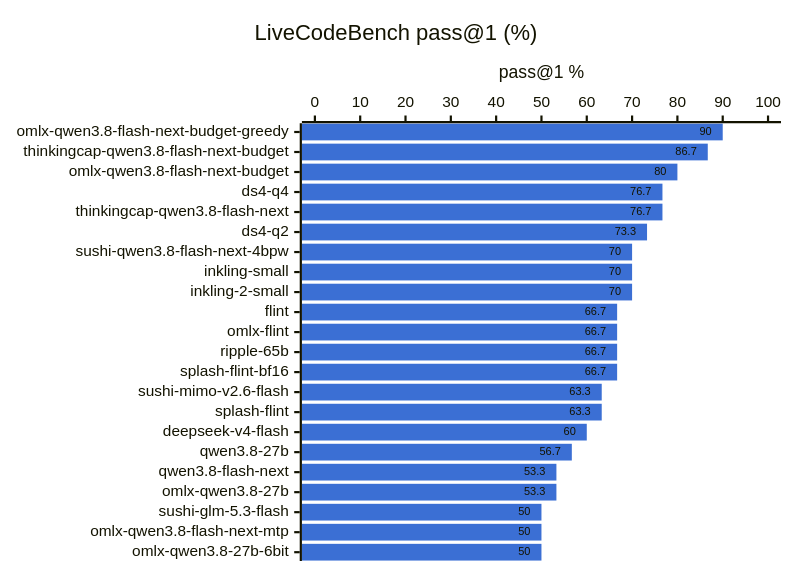
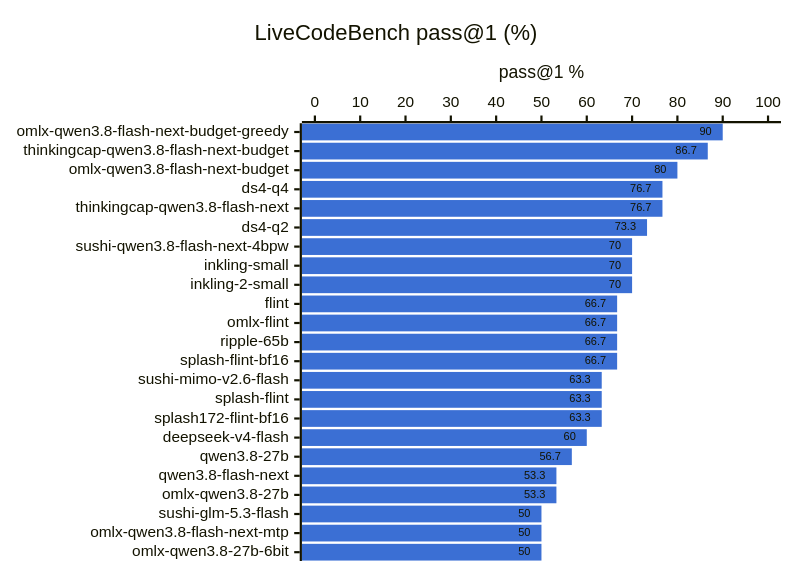
One commit to hofftodd/ai-bench changed the first of 2 diagrams in RESULTS-mac.md. Above: the diagram before and after it, drawn with Mermaid. The commit also changed other lines of this file and 17 other files, not shown here.

First line of the commit message:
Inkling 2 Mini on Strata and Splash 1.7.2, Strata 0.1.67 recheck

````diff
--- a/RESULTS-mac.md
+++ b/RESULTS-mac.md
@@ -28,8 +28,8 @@
 ```mermaid
 %%{init: {"xyChart": {"showDataLabel": true}, "themeVariables": {"xyChart": {"plotColorPalette": "#3b6fd4"}}}}%%
 xychart-beta horizontal
     title "LiveCodeBench pass@1 (%)"
-    x-axis ["omlx-qwen3.8-flash-next-budget-greedy", "thinkingcap-qwen3.8-flash-next-budget", "omlx-qwen3.8-flash-next-budget", "ds4-q4", "thinkingcap-qwen3.8-flash-next", "ds4-q2", "sushi-qwen3.8-flash-next-4bpw", "inkling-small", "inkling-2-small", "flint", "omlx-flint", "ripple-65b", "splash-flint-bf16", "sushi-mimo-v2.6-flash", "splash-flint", "deepseek-v4-flash", "qwen3.8-27b", "qwen3.8-flash-next", "omlx-qwen3.8-27b", "sushi-glm-5.3-flash", "omlx-qwen3.8-flash-next-mtp", "omlx-qwen3.8-27b-6bit"]
+    x-axis ["omlx-qwen3.8-flash-next-budget-greedy", "thinkingcap-qwen3.8-flash-next-budget", "omlx-qwen3.8-flash-next-budget", "ds4-q4", "thinkingcap-qwen3.8-flash-next", "ds4-q2", "sushi-qwen3.8-flash-next-4bpw", "inkling-small", "inkling-2-small", "flint", "omlx-flint", "ripple-65b", "splash-flint-bf16", "sushi-mimo-v2.6-flash", "splash-flint", "splash172-flint-bf16", "deepseek-v4-flash", "qwen3.8-27b", "qwen3.8-flash-next", "omlx-qwen3.8-27b", "sushi-glm-5.3-flash", "omlx-qwen3.8-flash-next-mtp", "omlx-qwen3.8-27b-6bit"]
     y-axis "pass@1 %" 0 --> 100
-    bar [90.0, 86.7, 80.0, 76.7, 76.7, 73.3, 70.0, 70.0, 70.0, 66.7, 66.7, 66.7, 66.7, 63.3, 63.3, 60.0, 56.7, 53.3, 53.3, 50.0, 50.0, 50.0]
+    bar [90.0, 86.7, 80.0, 76.7, 76.7, 73.3, 70.0, 70.0, 70.0, 66.7, 66.7, 66.7, 66.7, 63.3, 63.3, 63.3, 60.0, 56.7, 53.3, 53.3, 50.0, 50.0, 50.0]
 ```
````
